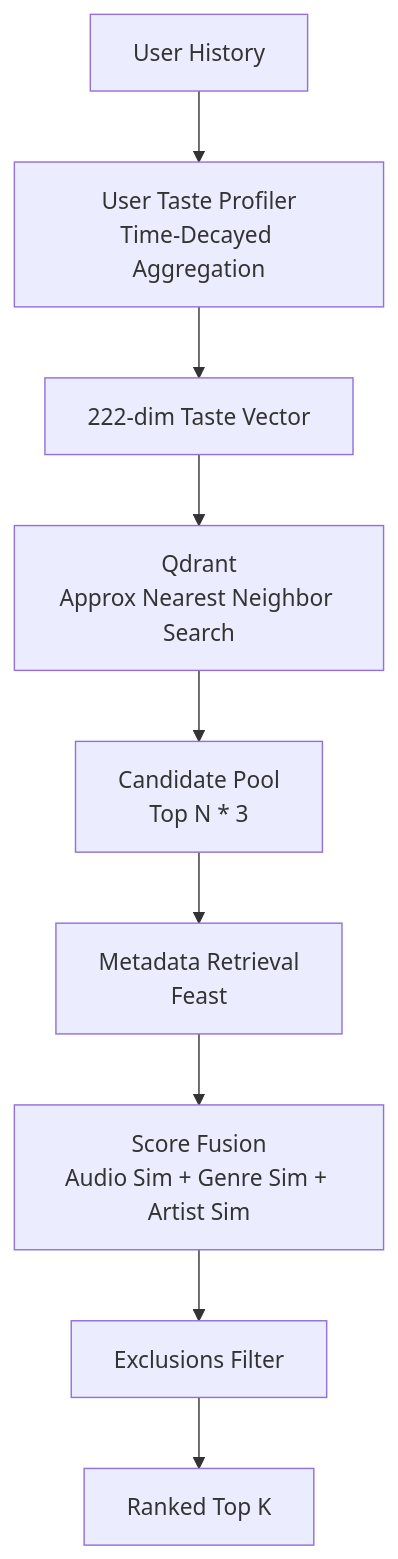
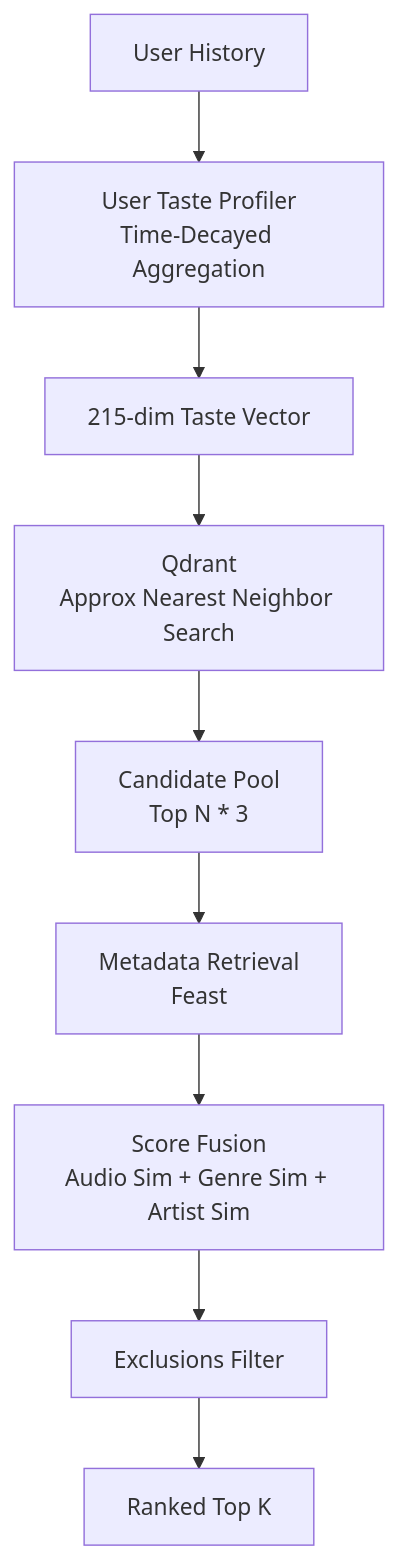
Before and after one commit to Kaneki272/music-recommendation-system: the diagram in docs/ContentBasedModel.md, drawn with Mermaid. The commit also changed 36 other files, not shown here.

````diff
--- a/docs/ContentBasedModel.md
+++ b/docs/ContentBasedModel.md
@@ -6,19 +6,19 @@
 ```mermaid
 flowchart TD
     User[User History] --> Profiler[User Taste Profiler
 Time-Decayed Aggregation]
-    Profiler --> TasteVector[222-dim Taste Vector]
+    Profiler --> TasteVector[215-dim Taste Vector]
     TasteVector --> Qdrant[Qdrant
 Approx Nearest Neighbor Search]
     
     Qdrant --> Candidates[Candidate Pool
 Top N * 3]
     
     Candidates --> Metadata[Metadata Retrieval
 Feast]
     Metadata --> Score[Score Fusion
 Audio Sim + Genre Sim + Artist Sim]
     
     Score --> Filter[Exclusions Filter]
     Filter --> Final[Ranked Top K]
 ```
````
